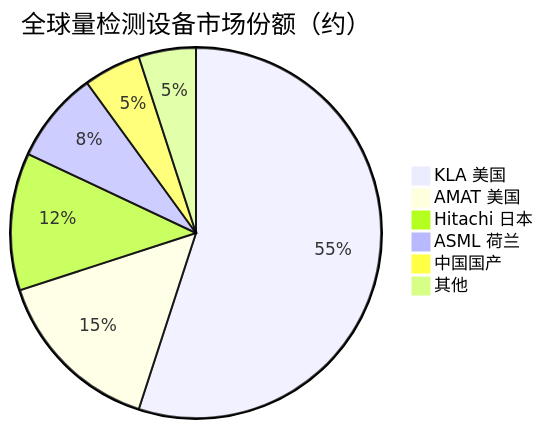
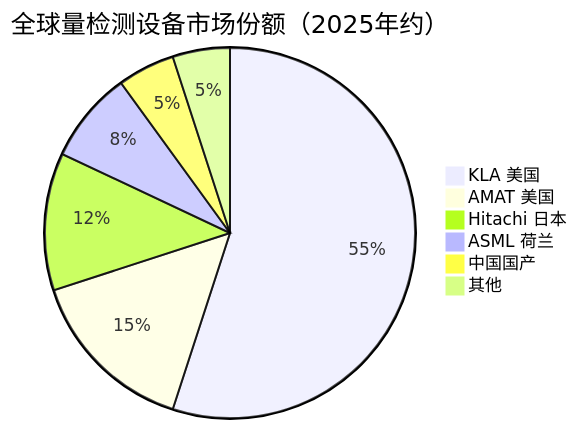
The third of 3 diagrams in AI产业链/上游/设备/CMP与量检测设备.md (blueprint1453/industry-insight), drawn with Mermaid before and after one commit. The commit also changed other lines of this file and 78 other files, not shown here.

````diff
--- a/AI产业链/上游/设备/CMP与量检测设备.md
+++ b/AI产业链/上游/设备/CMP与量检测设备.md
@@ -92,9 +92,9 @@
 ```mermaid
-pie title 全球量检测设备市场份额（约）
+pie title 全球量检测设备市场份额（2025年约）
     "KLA 美国" : 55
     "AMAT 美国" : 15
     "Hitachi 日本" : 12
     "ASML 荷兰" : 8
     "中国国产" : 5
     "其他" : 5
 ```
````
